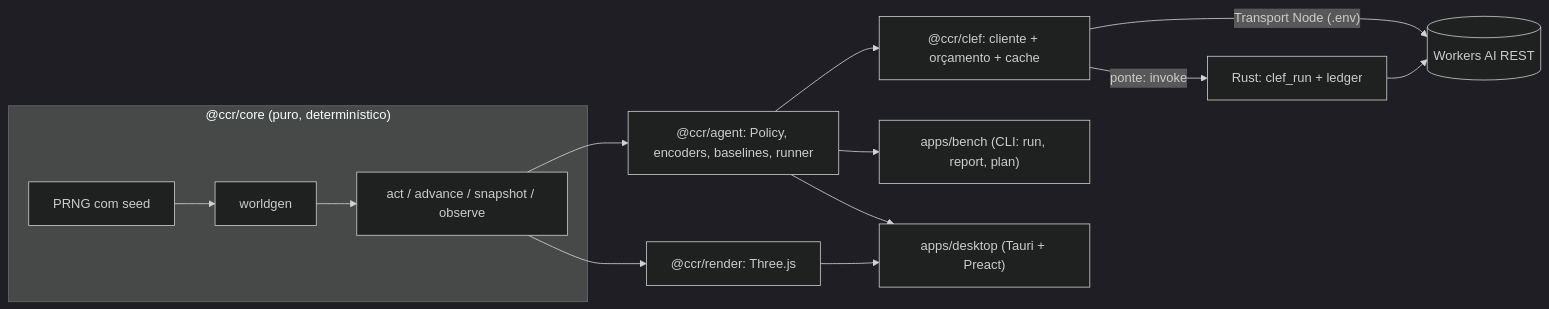
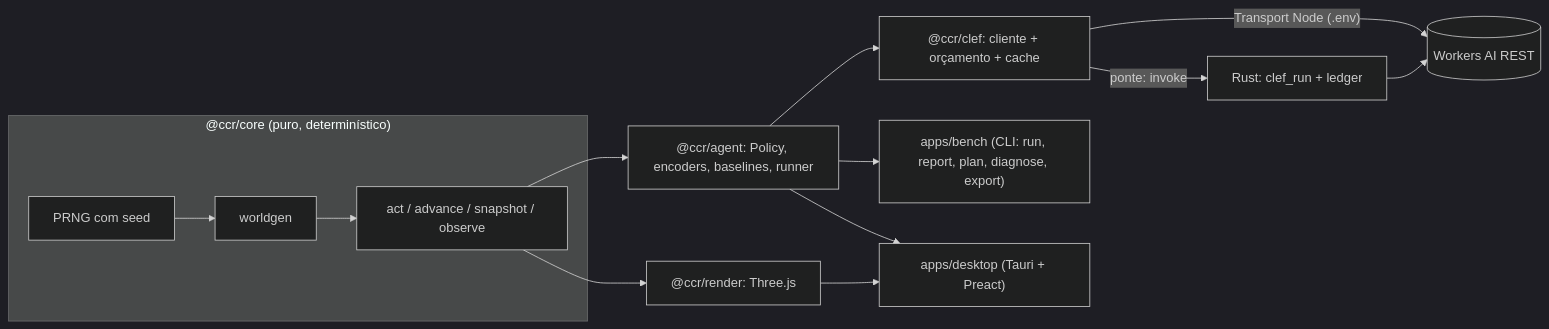
One commit to ramon-victor/clef-crossy-road changed the diagram in docs/02-arquitetura.md. Above: the diagram before and after it, drawn with Mermaid (dark theme). The commit also changed other lines of this file and 8 other files, not shown here.

````diff
--- a/docs/02-arquitetura.md
+++ b/docs/02-arquitetura.md
@@ -7,14 +7,14 @@
 ```mermaid
 flowchart LR
   subgraph core["@ccr/core (puro, determinístico)"]
     RNG[PRNG com seed] --> GEN[worldgen] --> SIM["act / advance / snapshot / observe"]
   end
   SIM --> AGENT["@ccr/agent: Policy, encoders, baselines, runner"]
   SIM --> RENDER["@ccr/render: Three.js"]
   AGENT --> CLEF["@ccr/clef: cliente + orçamento + cache"]
   CLEF -- "Transport Node (.env)" --> REST[("Workers AI REST")]
   CLEF -- "ponte: invoke" --> RUST["Rust: clef_run + ledger"] --> REST
-  AGENT --> BENCH["apps/bench (CLI: run, report, plan)"]
+  AGENT --> BENCH["apps/bench (CLI: run, report, plan, diagnose, export)"]
   AGENT --> DESK["apps/desktop (Tauri + Preact)"]
   RENDER --> DESK
 ```
````
